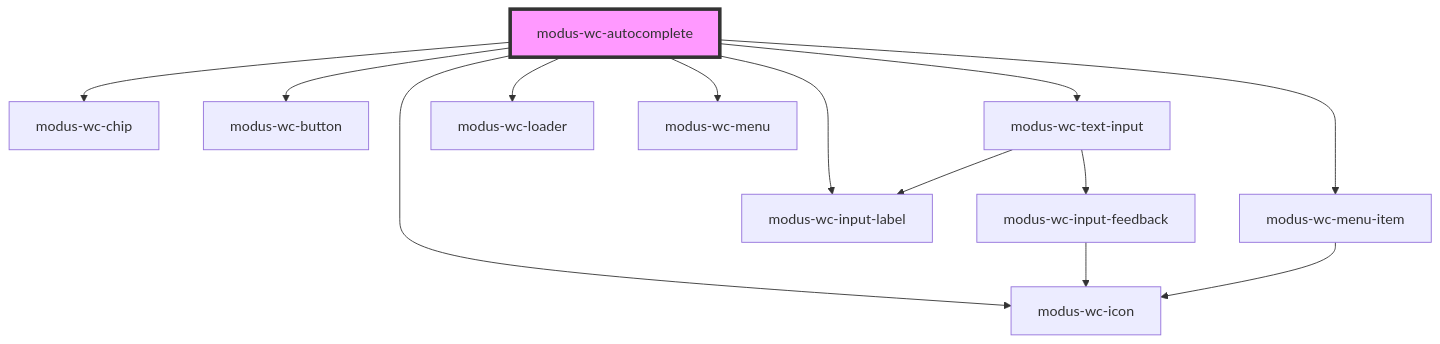
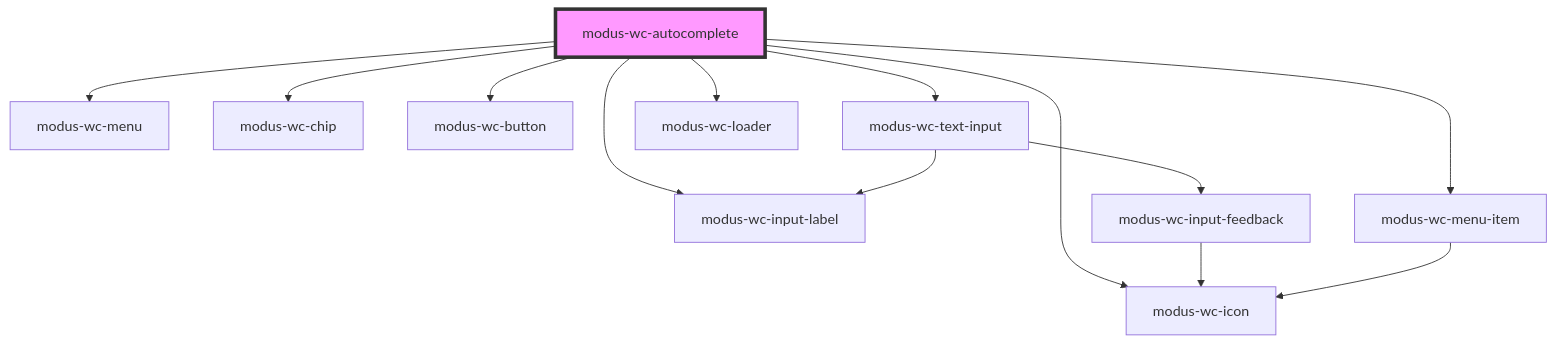
One commit to trimble-oss/modus-wc-2.0 changed the diagram in src/components/modus-wc-autocomplete/readme.md. Above: the diagram before and after it, drawn with Mermaid. The commit also changed other lines of this file and 4 other files, not shown here.

````diff
--- a/src/components/modus-wc-autocomplete/readme.md
+++ b/src/components/modus-wc-autocomplete/readme.md
@@ -141,16 +141,16 @@
 ```mermaid
 graph TD;
+  modus-wc-autocomplete --> modus-wc-input-label
+  modus-wc-autocomplete --> modus-wc-menu
   modus-wc-autocomplete --> modus-wc-chip
   modus-wc-autocomplete --> modus-wc-button
   modus-wc-autocomplete --> modus-wc-icon
   modus-wc-autocomplete --> modus-wc-text-input
   modus-wc-autocomplete --> modus-wc-loader
   modus-wc-autocomplete --> modus-wc-menu-item
-  modus-wc-autocomplete --> modus-wc-input-label
-  modus-wc-autocomplete --> modus-wc-menu
   modus-wc-text-input --> modus-wc-input-label
   modus-wc-text-input --> modus-wc-input-feedback
   modus-wc-input-feedback --> modus-wc-icon
   modus-wc-menu-item --> modus-wc-icon
   style modus-wc-autocomplete fill:#f9f,stroke:#333,stroke-width:4px
 ```
````
